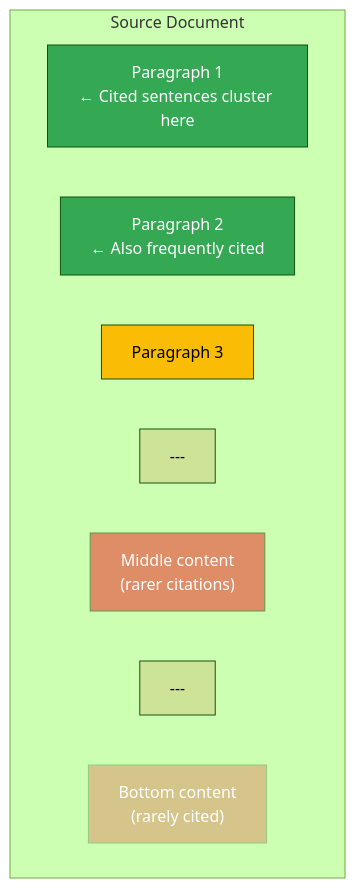
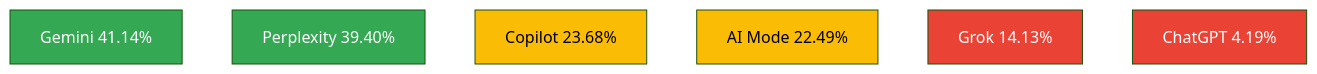
One commit to danishashko/ai-citation-patterns changed the seventh of 11 diagrams in article/diagrams/diagrams.md. Above: the diagram before and after it, drawn with Mermaid (forest theme). The commit also changed other lines of this file and 39 other files, not shown here.

````diff
--- a/article/diagrams/diagrams.md
+++ b/article/diagrams/diagrams.md
@@ -46,17 +128,15 @@
 ```mermaid
 graph TD
-    subgraph Source Document
-        P1["Paragraph 1\n← Cited sentences cluster here"]
-        P2["Paragraph 2\n← Also frequently cited"]
-        P3["Paragraph 3"]
-        HR1["---"]
-        P4["Middle content\n(rarer citations)"]
-        HR2["---"]
-        P5["Bottom content\n(rarely cited)"]
-    end
-    style P1 fill:#34A853,color:#fff
-    style P2 fill:#34A853,color:#fff
-    style P3 fill:#FBBC05
-    style P4 fill:#EA4335,color:#fff,opacity:0.6
-    style P5 fill:#EA4335,color:#fff,opacity:0.3
+    G["Gemini 41.14%"]
+    P["Perplexity 39.40%"]
+    C["Copilot 23.68%"]
+    A["AI Mode 22.49%"]
+    K["Grok 14.13%"]
+    T["ChatGPT 4.19%"]
+    style G fill:#34A853,color:#fff
+    style P fill:#34A853,color:#fff
+    style C fill:#FBBC05
+    style A fill:#FBBC05
+    style K fill:#EA4335,color:#fff
+    style T fill:#EA4335,color:#fff
 ```
````
